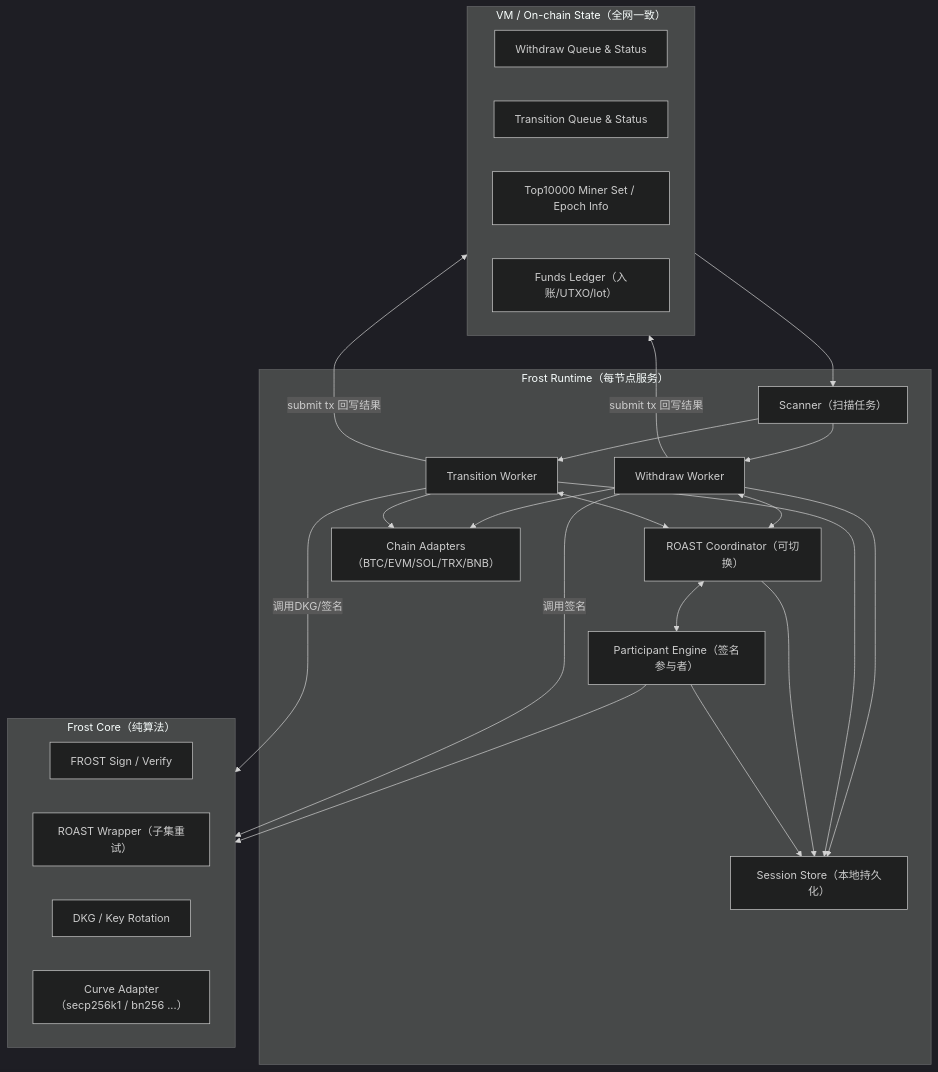
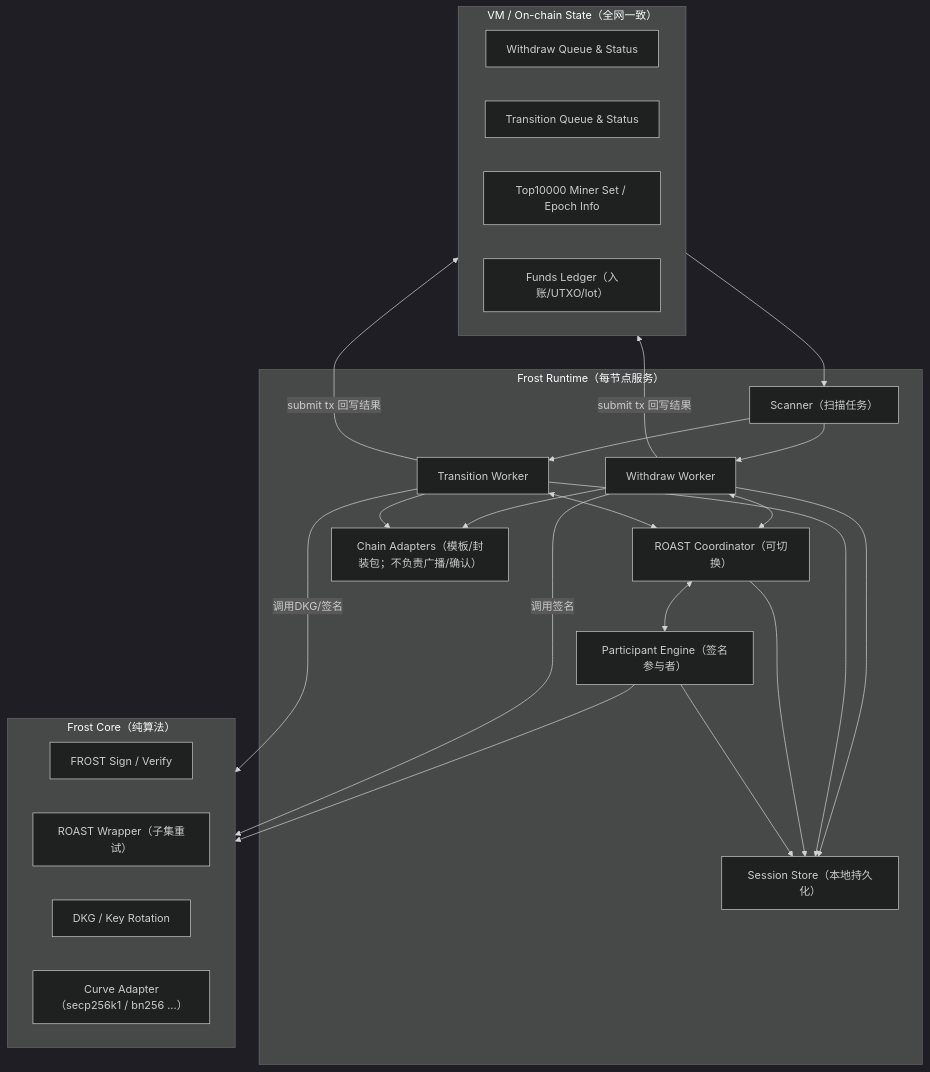
The first of 4 diagrams in frost/design_v2.md (davidLeeeeeeeeeeee/dex), drawn with Mermaid (dark theme) before and after one commit. The commit also changed other lines of this file and 1 other file, not shown here.

````diff
--- a/frost/design_v2.md
+++ b/frost/design_v2.md
@@ -63,48 +63,48 @@
 ```mermaid
 flowchart TB
   subgraph VM["VM / On-chain State（全网一致）"]
     QW["Withdraw Queue & Status"]
     QT["Transition Queue & Status"]
     MS["Top10000 Miner Set / Epoch Info"]
     FD["Funds Ledger（入账/UTXO/lot）"]
   end
 
   subgraph RT["Frost Runtime（每节点服务）"]
     SC["Scanner（扫描任务）"]
     WM["Withdraw Worker"]
     TM["Transition Worker"]
     SS["Session Store（本地持久化）"]
     RO["ROAST Coordinator（可切换）"]
     PA["Participant Engine（签名参与者）"]
-    CA["Chain Adapters（BTC/EVM/SOL/TRX/BNB）"]
+    CA["Chain Adapters（模板/封装包；不负责广播/确认）"]
   end
 
   subgraph CORE["Frost Core（纯算法）"]
     FROST["FROST Sign / Verify"]
     ROAST["ROAST Wrapper（子集重试）"]
     DKG["DKG / Key Rotation"]
     CURVE["Curve Adapter（secp256k1 / bn256 ...）"]
   end
 
   VM --> SC
   SC --> WM
   SC --> TM
 
   WM <--> RO
   TM <--> RO
   RO <--> PA
   PA --> CORE
   WM --> CA
   TM --> CA
 
   WM -->|"调用签名"| CORE
   TM -->|"调用DKG/签名"| CORE
 
   WM -->|"submit tx 回写结果"| VM
   TM -->|"submit tx 回写结果"| VM
 
   WM --> SS
   TM --> SS
   RO --> SS
   PA --> SS
 ```
````
